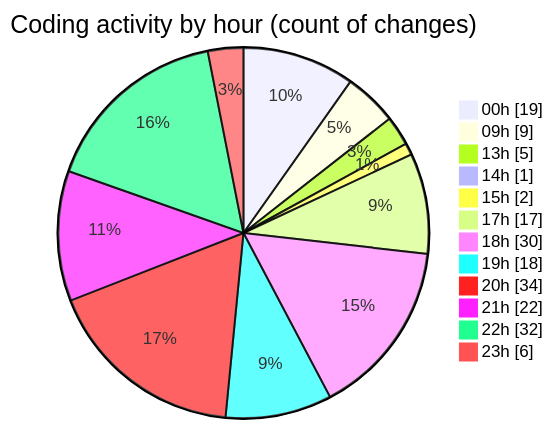
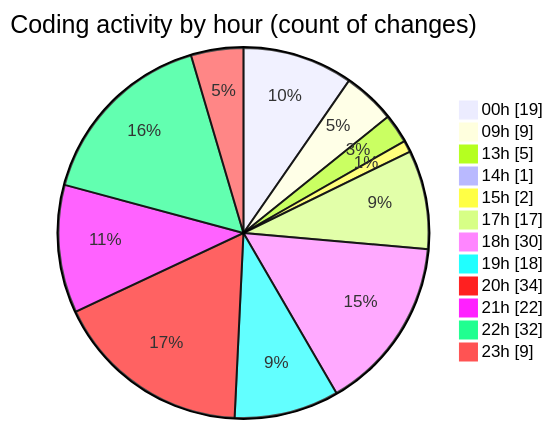
Before and after one commit to EIIisD/code-tracking: the second of 2 diagrams in 2025-08-12/ribbon/README.md, drawn with Mermaid. The commit also changed other lines of this file and 1 other file, not shown here.

````diff
--- a/2025-08-12/ribbon/README.md
+++ b/2025-08-12/ribbon/README.md
@@ -58,16 +58,16 @@
 ```mermaid
 pie showData
 title Coding activity by hour (count of changes)
 "00h" : 19
 "09h" : 9
 "13h" : 5
 "14h" : 1
 "15h" : 2
 "17h" : 17
 "18h" : 30
 "19h" : 18
 "20h" : 34
 "21h" : 22
 "22h" : 32
-"23h" : 6
+"23h" : 9
 ```
````
